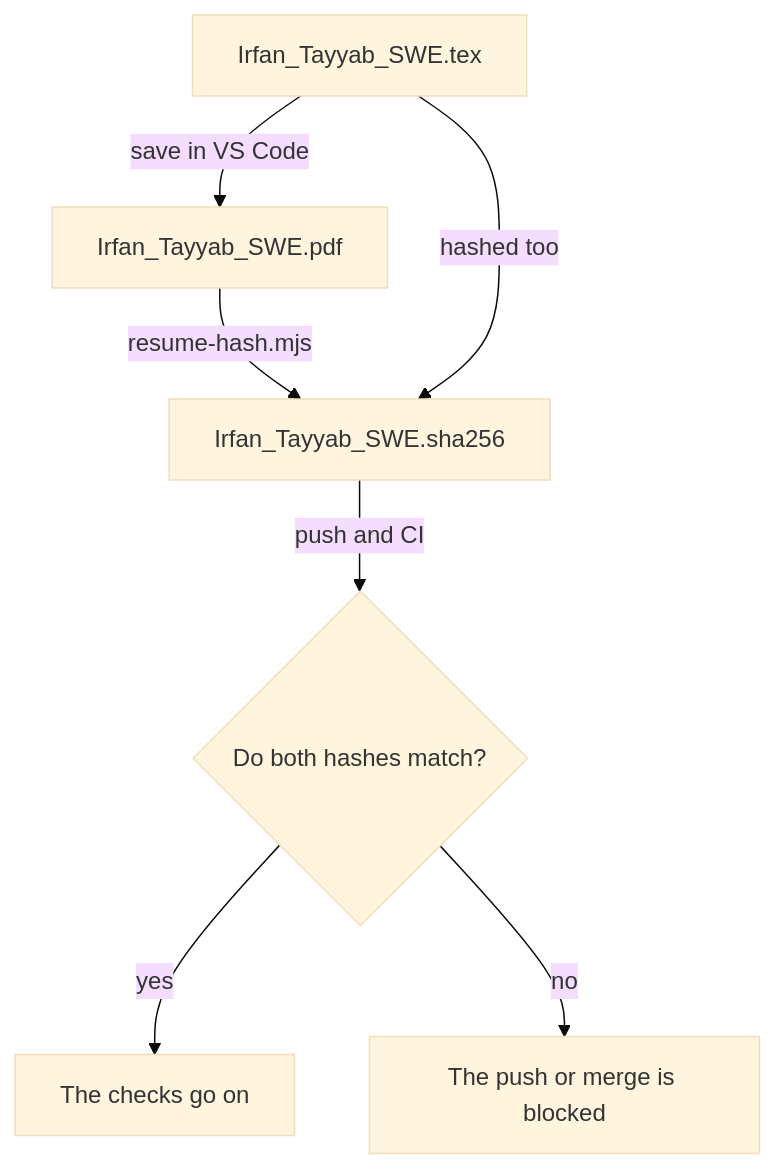
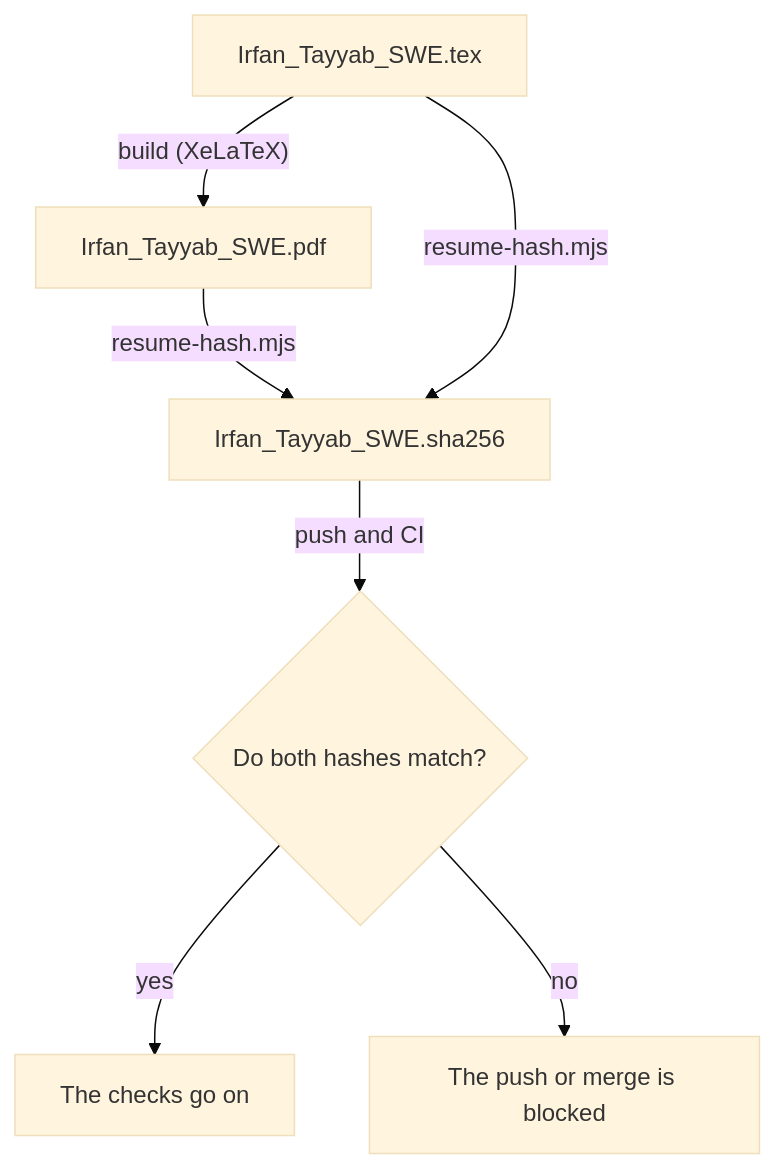
Before and after one commit to irfantayyab/irfantayyab: the diagram in content/writing/holding-a-portfolio-to-its-resume/index.md, drawn with Mermaid (base theme). The commit also changed other lines of this file, not shown here.

````diff
--- a/content/writing/holding-a-portfolio-to-its-resume/index.md
+++ b/content/writing/holding-a-portfolio-to-its-resume/index.md
@@ -40,11 +40,11 @@
 ```mermaid
 flowchart TD
-  accTitle: From a saved resume to a checked one
-  accDescr: Saving the source builds the PDF, and a script saves the hashes of both in Irfan_Tayyab_SWE.sha256. Before every push and in CI, a test hashes the source and the PDF again and compares them with that file, failing if either changed.
-  tex[Irfan_Tayyab_SWE.tex] -->|save in VS Code| pdf[Irfan_Tayyab_SWE.pdf]
+  accTitle: From the resume's source to a checked PDF
+  accDescr: XeLaTeX builds the PDF from the source, and a script saves the hashes of both in Irfan_Tayyab_SWE.sha256. Before every push and in CI, a test hashes the source and the PDF again and compares them with that file, failing if either changed.
+  tex[Irfan_Tayyab_SWE.tex] -->|"build (XeLaTeX)"| pdf[Irfan_Tayyab_SWE.pdf]
   pdf -->|resume-hash.mjs| hash[Irfan_Tayyab_SWE.sha256]
-  tex -->|hashed too| hash
+  tex -->|resume-hash.mjs| hash
   hash -->|push and CI| test{Do both hashes match?}
   test -->|yes| pass[The checks go on]
   test -->|no| fail[The push or merge is blocked]
 ```
````
